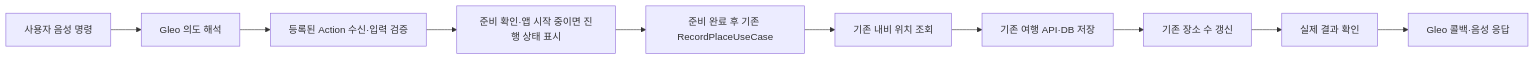
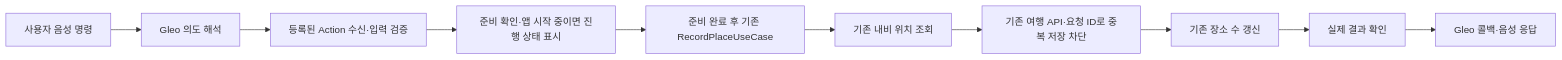
Before and after one commit to KANT-HYUNDAI-MOTOR-VEHICLE-APP/travel-crumbs: the diagram in docs/spec/gleo-ai/artifacts/gleo-crud-foundation.md, drawn with Mermaid. The commit also changed other lines of this file and 1 other file, not shown here.

````diff
--- a/docs/spec/gleo-ai/artifacts/gleo-crud-foundation.md
+++ b/docs/spec/gleo-ai/artifacts/gleo-crud-foundation.md
@@ -18,12 +18,12 @@
 ```mermaid
 flowchart LR
     A[사용자 음성 명령] --> B[Gleo 의도 해석]
     B --> C[등록된 Action 수신·입력 검증]
     C --> P[준비 확인·앱 시작 중이면 진행 상태 표시]
     P --> D[준비 완료 후 기존 RecordPlaceUseCase]
     D --> E[기존 내비 위치 조회]
-    E --> F[기존 여행 API·DB 저장]
+    E --> F[기존 여행 API·요청 ID로 중복 저장 차단]
     F --> G[기존 장소 수 갱신]
     G --> H[실제 결과 확인]
     H --> I[Gleo 콜백·음성 응답]
 ```
````
